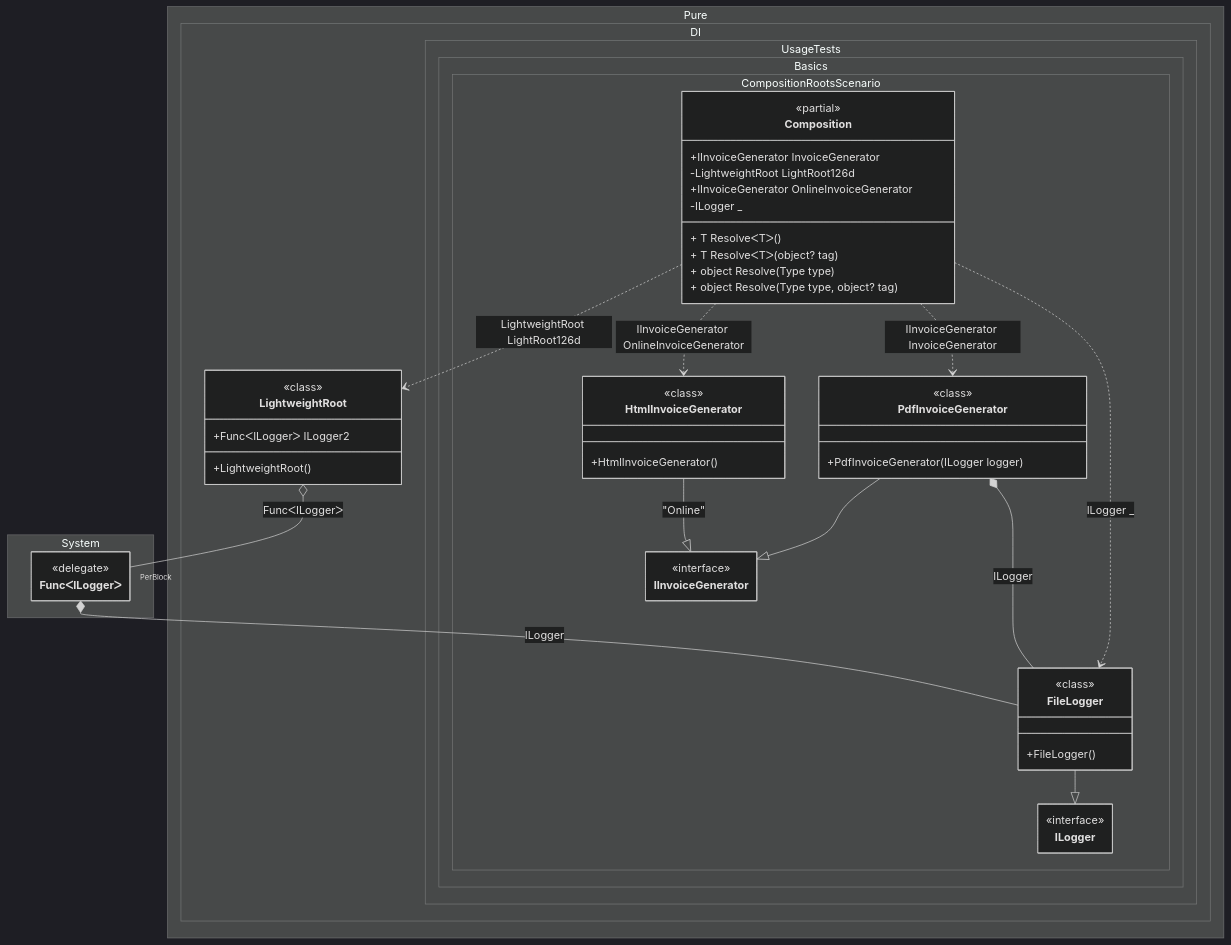
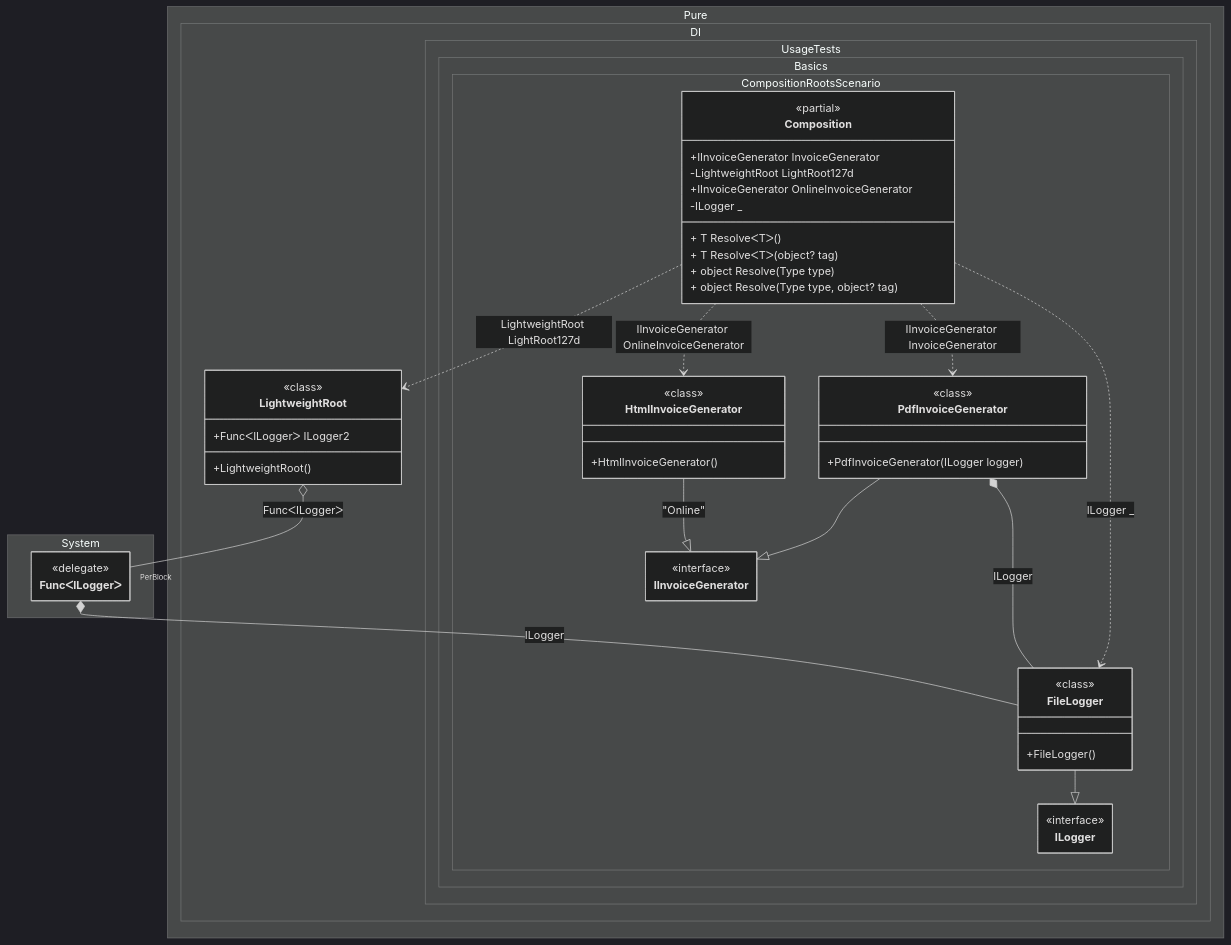
Before and after one commit to MaiKuraki/Pure.DI: the diagram in readme/composition-roots.md, drawn with Mermaid (dark theme). The commit also changed 276 other files, not shown here.

````diff
--- a/readme/composition-roots.md
+++ b/readme/composition-roots.md
@@ -324,63 +324,63 @@
 ```mermaid
 ---
  config:
   maxTextSize: 2147483647
   maxEdges: 2147483647
   class:
    hideEmptyMembersBox: true
 ---
 classDiagram
 	PdfInvoiceGenerator --|> IInvoiceGenerator
 	HtmlInvoiceGenerator --|> IInvoiceGenerator : "Online" 
 	FileLogger --|> ILogger
-	Composition ..> LightweightRoot : LightweightRoot LightRoot126d
+	Composition ..> LightweightRoot : LightweightRoot LightRoot127d
 	Composition ..> HtmlInvoiceGenerator : IInvoiceGenerator OnlineInvoiceGenerator
 	Composition ..> FileLogger : ILogger _
 	Composition ..> PdfInvoiceGenerator : IInvoiceGenerator InvoiceGenerator
 	PdfInvoiceGenerator *--  FileLogger : ILogger
 	LightweightRoot o-- "PerBlock" FuncᐸILoggerᐳ : FuncᐸILoggerᐳ
 	FuncᐸILoggerᐳ *--  FileLogger : ILogger
 	namespace Pure.DI {
 		class LightweightRoot {
 				<<class>>
 			+LightweightRoot()
 			+FuncᐸILoggerᐳ ILogger2
 		}
 	}
 	namespace Pure.DI.UsageTests.Basics.CompositionRootsScenario {
 		class Composition {
 		<<partial>>
 		+IInvoiceGenerator InvoiceGenerator
-		-LightweightRoot LightRoot126d
+		-LightweightRoot LightRoot127d
 		+IInvoiceGenerator OnlineInvoiceGenerator
 		-ILogger _
 		+ T ResolveᐸTᐳ()
 		+ T ResolveᐸTᐳ(object? tag)
 		+ object Resolve(Type type)
 		+ object Resolve(Type type, object? tag)
 		}
 		class FileLogger {
 				<<class>>
 			+FileLogger()
 		}
 		class HtmlInvoiceGenerator {
 				<<class>>
 			+HtmlInvoiceGenerator()
 		}
 		class IInvoiceGenerator {
 			<<interface>>
 		}
 		class ILogger {
 			<<interface>>
 		}
 		class PdfInvoiceGenerator {
 				<<class>>
 			+PdfInvoiceGenerator(ILogger logger)
 		}
 	}
 	namespace System {
 		class FuncᐸILoggerᐳ {
 				<<delegate>>
 		}
 	}
 ```
````
